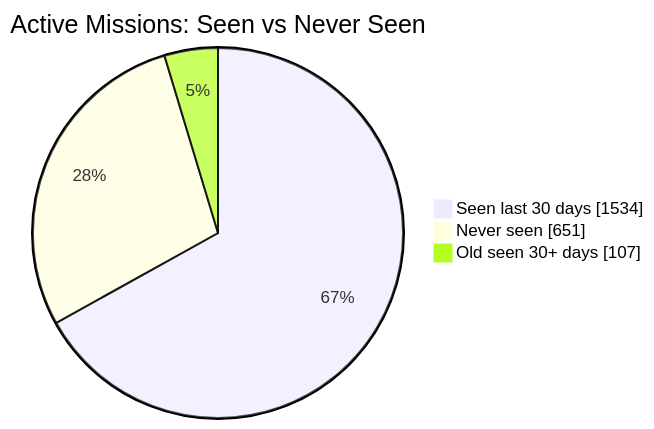
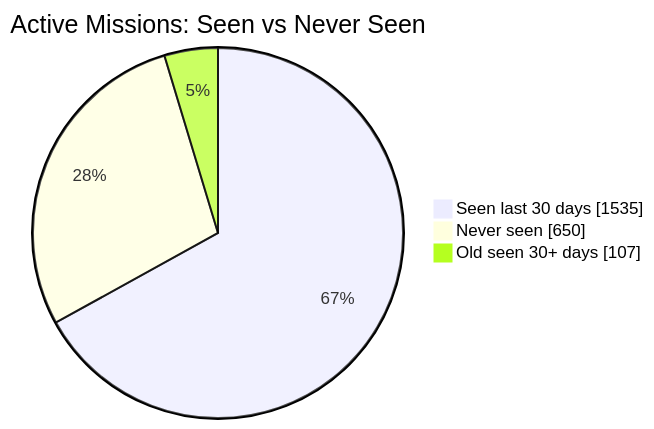
The first of 2 diagrams in README.md (MeldkamerspelGameTeam/active-missions), drawn with Mermaid before and after one commit. The commit also changed other lines of this file and 3 other files, not shown here.

````diff
--- a/README.md
+++ b/README.md
@@ -34,7 +34,7 @@
 ```mermaid
 pie showData
     title Active Missions: Seen vs Never Seen
-    "Seen last 30 days" : 1534
-    "Never seen" : 651
+    "Seen last 30 days" : 1535
+    "Never seen" : 650
     "Old seen 30+ days" : 107
 ```
````
